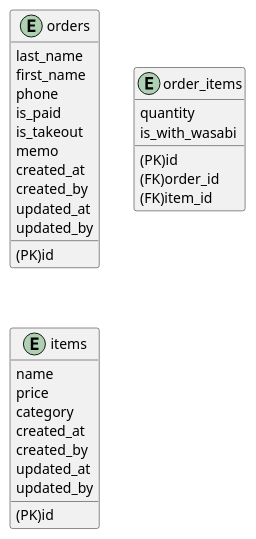
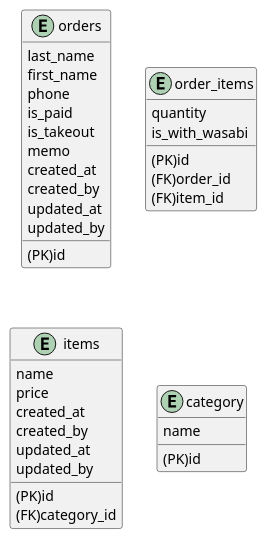
Before and after one commit to nyuusen/praha-challenge: the diagram in db-modeling-1/課題1/tables.pu, drawn with PlantUML. The commit also changed 2 other files, not shown here.

```diff
--- a/db-modeling-1/課題1/tables.pu
+++ b/db-modeling-1/課題1/tables.pu
@@ -1,37 +1,42 @@
 @startuml
 
 
 entity orders {
    (PK)id
    last_name
    first_name
    phone
    is_paid
    is_takeout
    memo
    created_at
    created_by
    updated_at
    updated_by
 }
 
 entity order_items {
    (PK)id
    (FK)order_id
    (FK)item_id
    quantity
    is_with_wasabi
 }
 
 entity items {
    (PK)id
    name
    price
-   category
+   (FK)category_id
    created_at
    created_by
    updated_at
    updated_by
 }
 
+entity category {
+   (PK)id
+   name
+}
+
 @enduml
```
